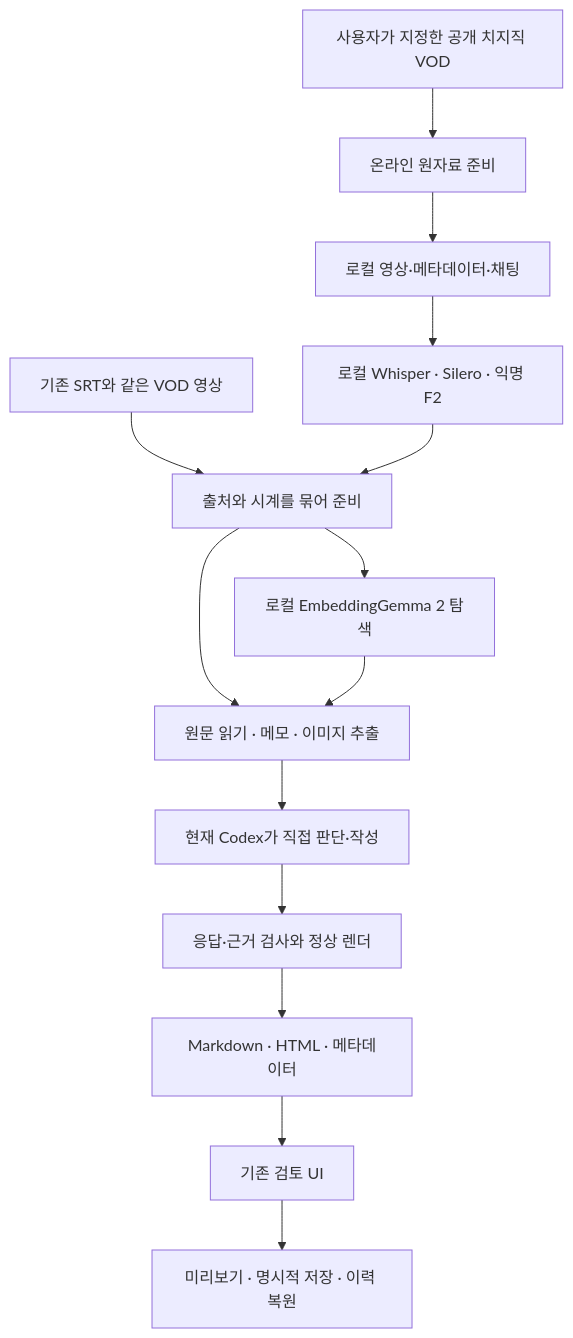
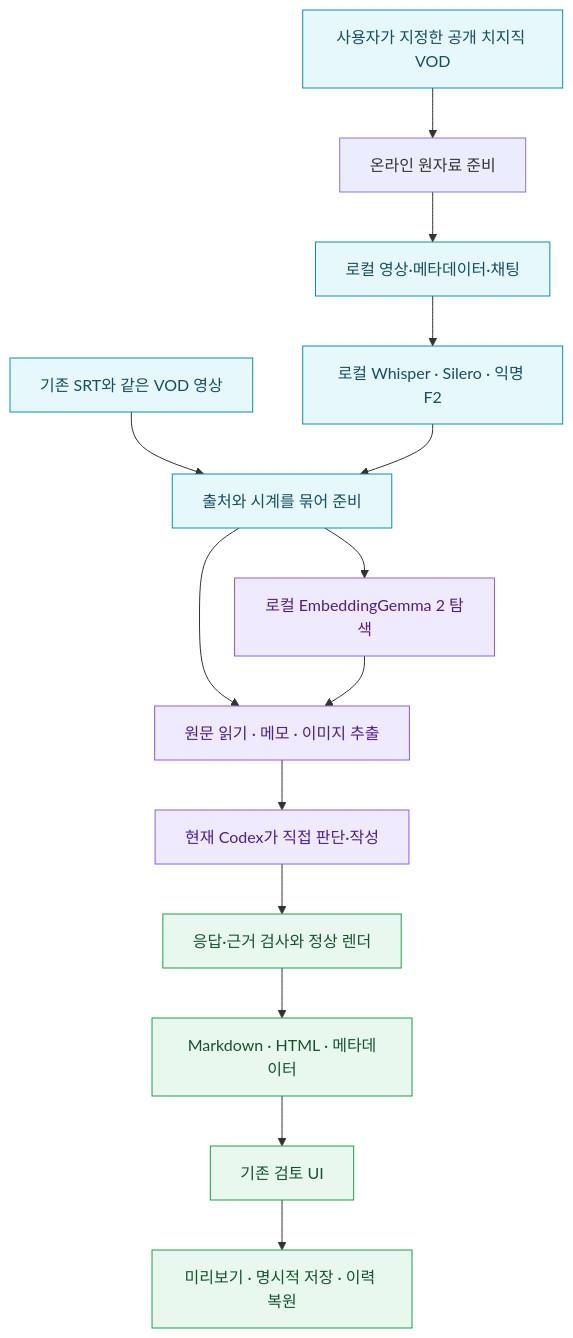
One commit to ttaem00/CVA-Loki changed the diagram in README.md. Above: the diagram before and after it, drawn with Mermaid. The commit also changed other lines of this file and 3 other files, not shown here.

````diff
--- a/README.md
+++ b/README.md
@@ -93,16 +138,22 @@
 ```mermaid
 flowchart TD
     URL["사용자가 지정한 공개 치지직 VOD"] --> ACQ["온라인 원자료 준비"]
     LOCAL["기존 SRT와 같은 VOD 영상"] --> PREP["출처와 시계를 묶어 준비"]
     ACQ --> AV["로컬 영상·메타데이터·채팅"]
     AV --> STT["로컬 Whisper · Silero · 익명 F2"]
     STT --> PREP
     PREP --> READ["원문 읽기 · 메모 · 이미지 추출"]
     PREP --> SEARCH["로컬 EmbeddingGemma 2 탐색"]
     SEARCH --> READ
     READ --> CODEX["현재 Codex가 직접 판단·작성"]
     CODEX --> CHECK["응답·근거 검사와 정상 렌더"]
     CHECK --> REPORT["Markdown · HTML · 메타데이터"]
     REPORT --> UI["기존 검토 UI"]
     UI --> REV["미리보기 · 명시적 저장 · 이력 복원"]
+    classDef source fill:#e6f8fb,stroke:#0891b2,color:#164e63
+    classDef author fill:#f0eaff,stroke:#8b5cf6,color:#4c1d95
+    classDef result fill:#e9f8ee,stroke:#16a34a,color:#14532d
+    class URL,LOCAL,AV,STT,PREP source
+    class READ,SEARCH,CODEX author
+    class CHECK,REPORT,UI,REV result
 ```
````
